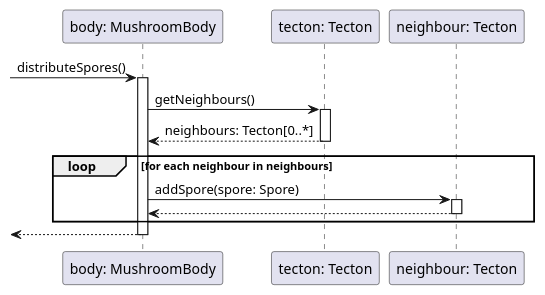
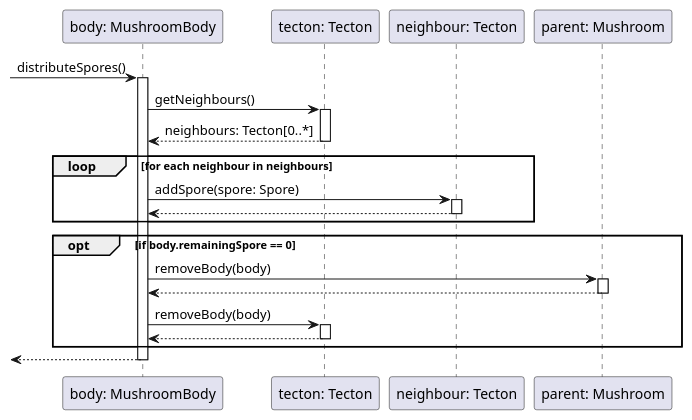
Before and after one commit to dzsem/projlab: the diagram in diagrams/sequence/mushroom/distributeSpore.wsd, drawn with PlantUML. The commit also changed 3 other files, not shown here.

Commit message:
Added new diagrams and fixed old ones

```diff
--- a/diagrams/sequence/mushroom/distributeSpore.wsd
+++ b/diagrams/sequence/mushroom/distributeSpore.wsd
@@ -1,26 +1,38 @@
 @startuml DistributeSpore
 participant "body: MushroomBody" as body
 participant "tecton: Tecton" as tecton
 participant "neighbour: Tecton" as neighbour
+participant "parent: Mushroom" as parent
 
 -> body : distributeSpores()
 activate body
 
 body -> tecton : getNeighbours()
 
 activate tecton
 tecton --> body : neighbours: Tecton[0..*]
 deactivate tecton
 
     loop for each neighbour in neighbours
         body -> neighbour : addSpore(spore: Spore)
         activate neighbour
         neighbour --> body 
         deactivate neighbour
 
     end
 
+    opt if body.remainingSpore == 0
+        body -> parent : removeBody(body)
+        activate parent
+        parent --> body
+        deactivate parent
+        body -> tecton : removeBody(body)
+        activate tecton
+        tecton --> body
+        deactivate tecton
+    end
+
 <-- body
 deactivate body
 
 @enduml
```
